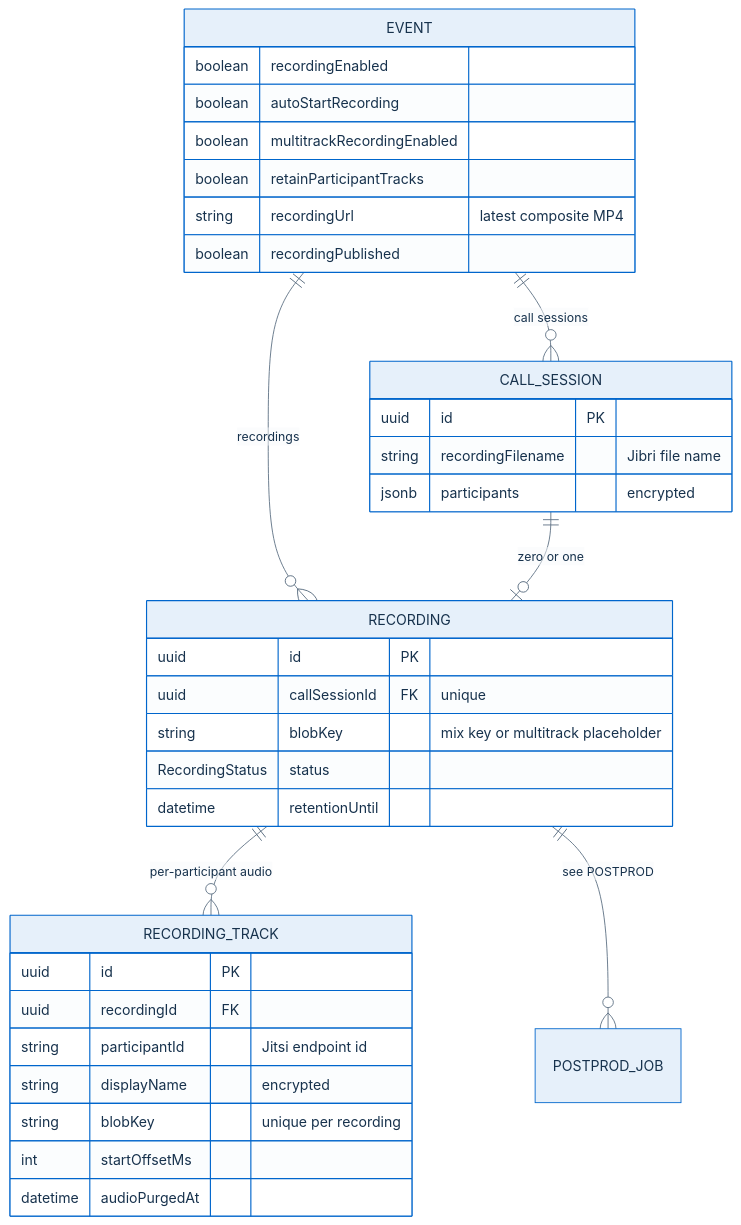
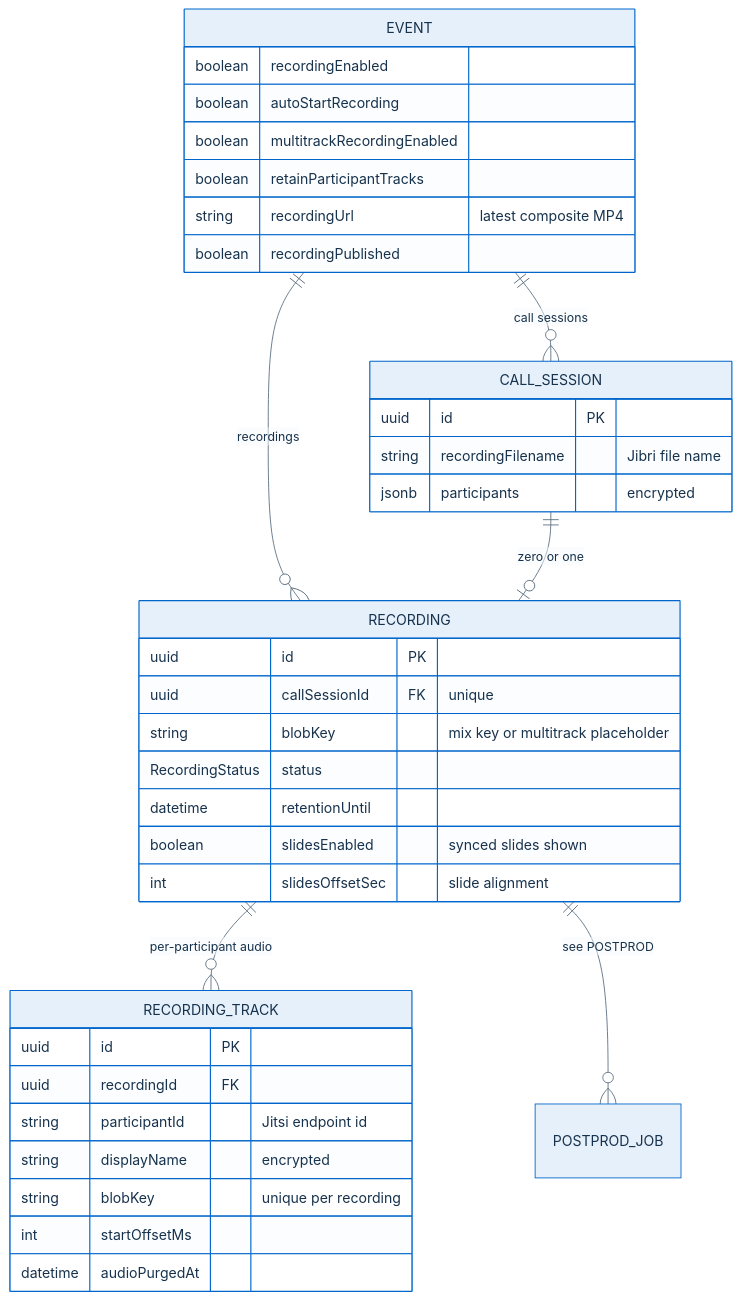
The fourth of 5 diagrams in docs/architecture/recording.md (italia/pa-webinar), drawn with Mermaid before and after one commit. The commit also changed other lines of this file and 8 other files, not shown here.

````diff
--- a/docs/architecture/recording.md
+++ b/docs/architecture/recording.md
@@ -628,39 +628,41 @@
 ```mermaid
 %%{init: {"theme": "base", "themeVariables": {"primaryColor": "#E6F0FA", "primaryBorderColor": "#0066CC", "primaryTextColor": "#17324D", "lineColor": "#5C6F82", "tertiaryColor": "#F7F9FB", "edgeLabelBackground": "#FFFFFF"}}}%%
 erDiagram
   EVENT ||--o{ CALL_SESSION : "call sessions"
   EVENT ||--o{ RECORDING : "recordings"
   CALL_SESSION ||--o| RECORDING : "zero or one"
   RECORDING ||--o{ RECORDING_TRACK : "per-participant audio"
   RECORDING ||--o{ POSTPROD_JOB : "see POSTPROD"
 
   EVENT {
     boolean recordingEnabled
     boolean autoStartRecording
     boolean multitrackRecordingEnabled
     boolean retainParticipantTracks
     string recordingUrl "latest composite MP4"
     boolean recordingPublished
   }
   CALL_SESSION {
     uuid id PK
     string recordingFilename "Jibri file name"
     jsonb participants "encrypted"
   }
   RECORDING {
     uuid id PK
     uuid callSessionId FK "unique"
     string blobKey "mix key or multitrack placeholder"
     RecordingStatus status
     datetime retentionUntil
+    boolean slidesEnabled "synced slides shown"
+    int slidesOffsetSec "slide alignment"
   }
   RECORDING_TRACK {
     uuid id PK
     uuid recordingId FK
     string participantId "Jitsi endpoint id"
     string displayName "encrypted"
     string blobKey "unique per recording"
     int startOffsetMs
     datetime audioPurgedAt
   }
 ```
````
